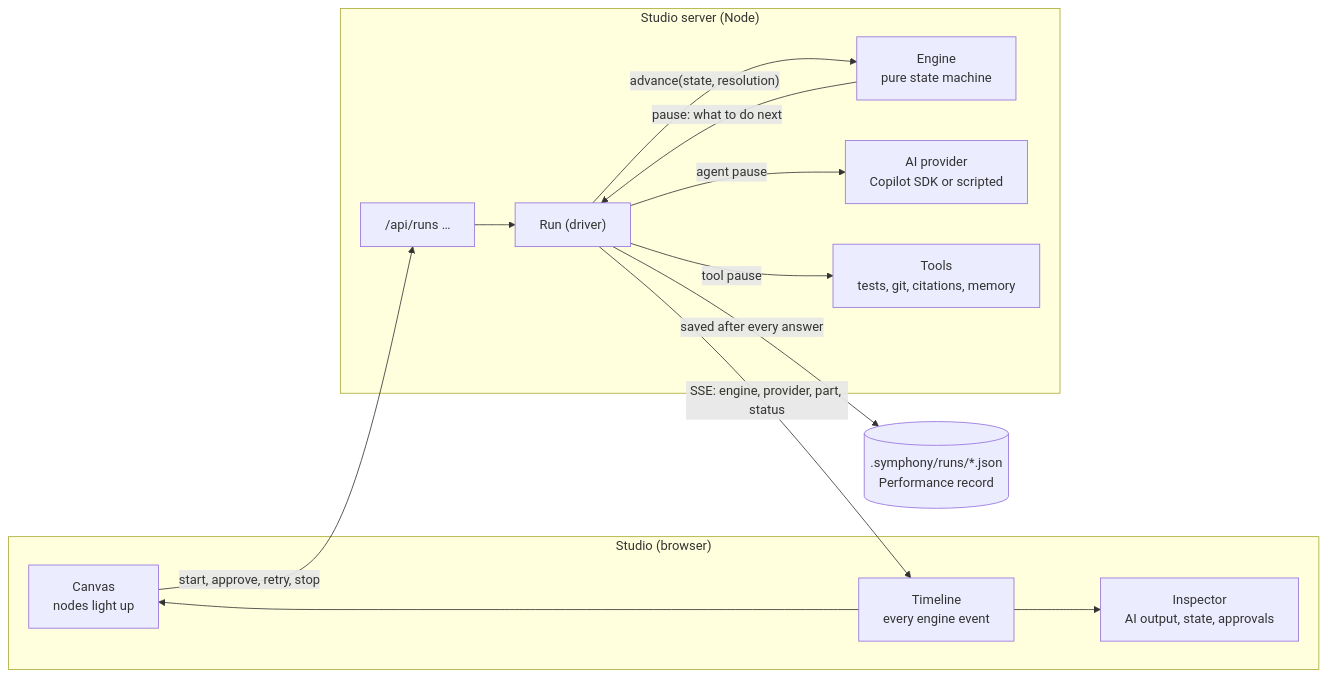
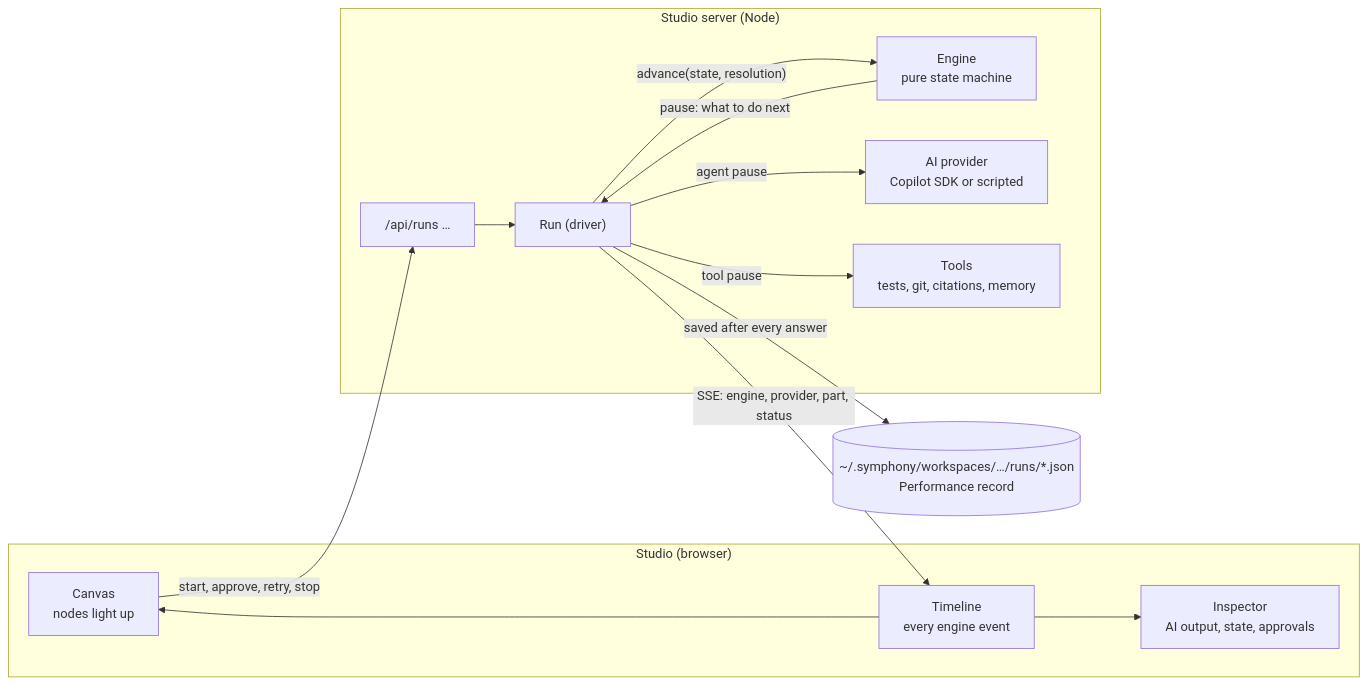
One commit to pirty6/symphony-core changed the diagram in docs/studio.md. Above: the diagram before and after it, drawn with Mermaid. The commit also changed other lines of this file and 18 other files, not shown here.

````diff
--- a/docs/studio.md
+++ b/docs/studio.md
@@ -7,26 +7,26 @@
 ```mermaid
 flowchart LR
   subgraph Browser["Studio (browser)"]
     Canvas["Canvas<br/>nodes light up"]
     Inspector["Inspector<br/>AI output, state, approvals"]
     Timeline["Timeline<br/>every engine event"]
   end
   subgraph Server["Studio server (Node)"]
     API["/api/runs …"]
     Run["Run (driver)"]
     Engine["Engine<br/>pure state machine"]
     Provider["AI provider<br/>Copilot SDK or scripted"]
     Tools["Tools<br/>tests, git, citations, memory"]
   end
-  Disk[(".symphony/runs/*.json<br/>Performance record")]
+  Disk[("~/.symphony/workspaces/…/runs/*.json<br/>Performance record")]
   Canvas -- "start, approve, retry, stop" --> API
   API --> Run
   Run -- "advance(state, resolution)" --> Engine
   Engine -- "pause: what to do next" --> Run
   Run -- "agent pause" --> Provider
   Run -- "tool pause" --> Tools
   Run -- "saved after every answer" --> Disk
   Run -- "SSE: engine, provider, part, status" --> Timeline
   Timeline --> Canvas
   Timeline --> Inspector
 ```
````
